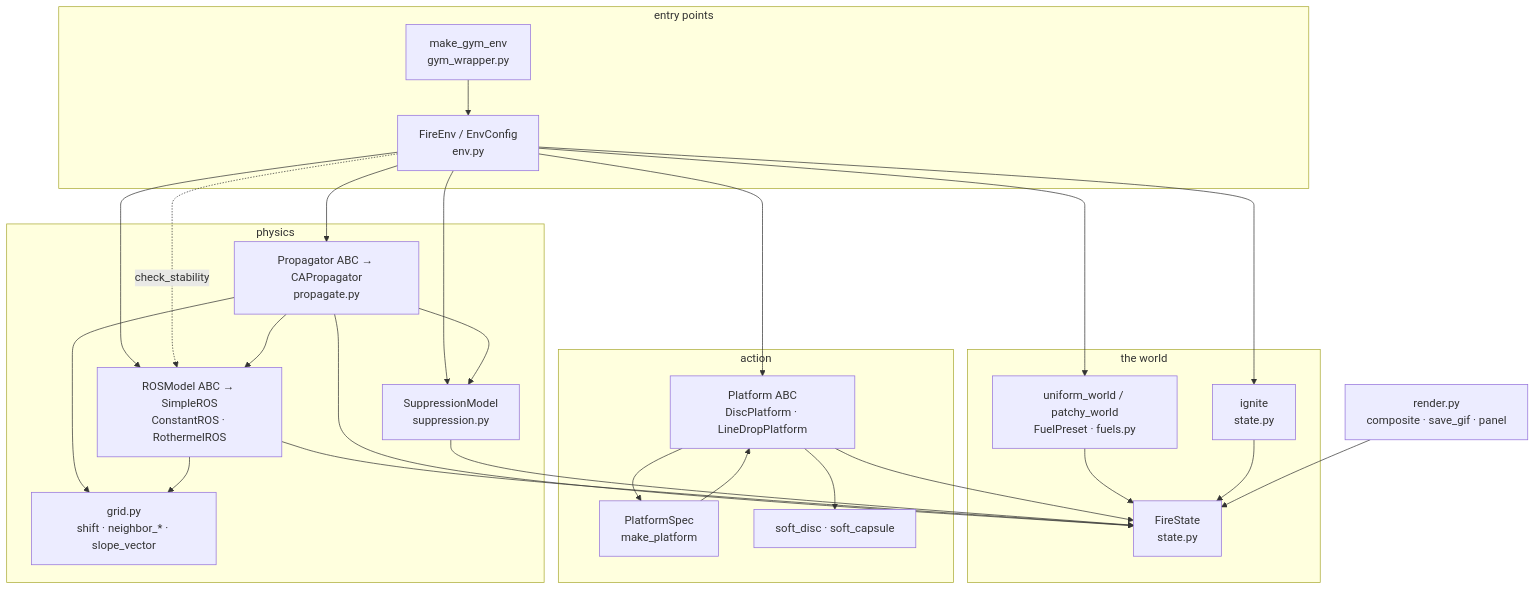
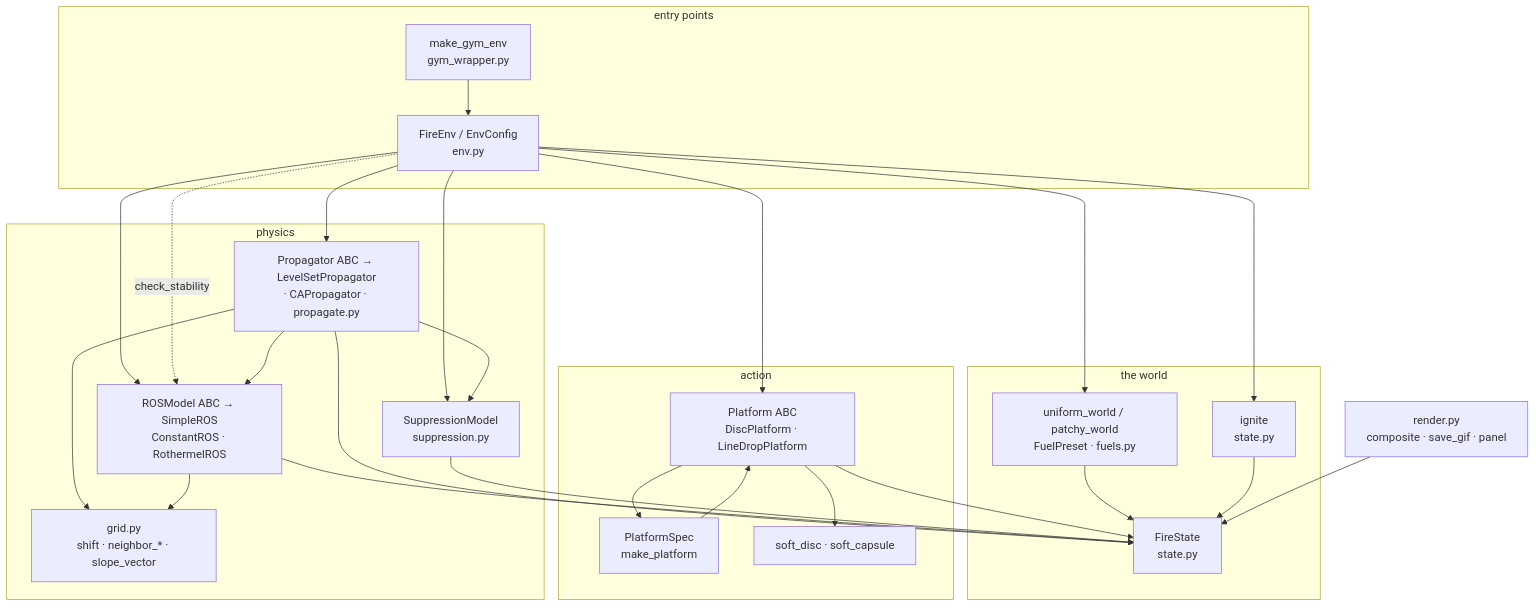
Before and after one commit to ConstantinLC/swarmfire: the diagram in ARCHITECTURE.md, drawn with Mermaid. The commit also changed other lines of this file and 19 other files, not shown here.

````diff
--- a/ARCHITECTURE.md
+++ b/ARCHITECTURE.md
@@ -225,49 +225,49 @@
 ```mermaid
 graph TD
     subgraph entry [entry points]
         FireEnv[FireEnv / EnvConfig<br/>env.py]
         Gym[make_gym_env<br/>gym_wrapper.py]
     end
 
     subgraph world [the world]
         FireState[FireState<br/>state.py]
         fuels[uniform_world / patchy_world<br/>FuelPreset · fuels.py]
         ignite[ignite<br/>state.py]
     end
 
     subgraph physics [physics]
-        Propagator[Propagator ABC → CAPropagator<br/>propagate.py]
+        Propagator[Propagator ABC → LevelSetPropagator<br/>· CAPropagator · propagate.py]
         ROS[ROSModel ABC → SimpleROS<br/>ConstantROS · RothermelROS]
         Supp[SuppressionModel<br/>suppression.py]
         grid[grid.py<br/>shift · neighbor_* · slope_vector]
     end
 
     subgraph action [action]
         Platform[Platform ABC<br/>DiscPlatform · LineDropPlatform]
         Spec[PlatformSpec<br/>make_platform]
         foot[soft_disc · soft_capsule]
     end
 
     render[render.py<br/>composite · save_gif · panel]
 
     Gym --> FireEnv
     FireEnv --> fuels --> FireState
     FireEnv --> ignite --> FireState
     FireEnv --> Platform
     FireEnv --> Propagator
     FireEnv --> Supp
     FireEnv --> ROS
     FireEnv -.->|check_stability| ROS
     Propagator --> ROS
     Propagator --> Supp
     Propagator --> grid
     Propagator --> FireState
     ROS --> grid
     ROS --> FireState
     Supp --> FireState
     Platform --> foot
     Platform --> Spec
     Platform --> FireState
     Spec --> Platform
     render --> FireState
 ```
````
